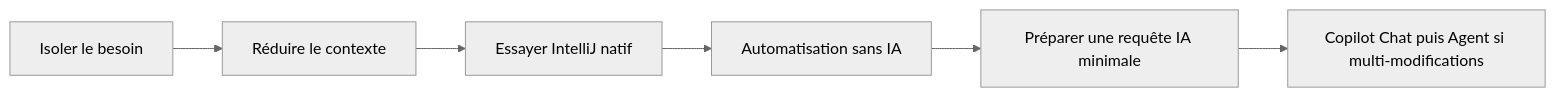
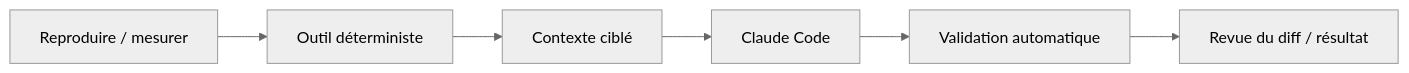
One commit to FTurleque/doc-utilisation-ia changed the diagram in docs/chapitre-13-outils-economies/index.md. Above: the diagram before and after it, drawn with Mermaid (neutral theme). The commit also changed other lines of this file, not shown here.

Commit message:
docs(tools): make tools chapter Claude-first

````diff
--- a/docs/chapitre-13-outils-economies/index.md
+++ b/docs/chapitre-13-outils-economies/index.md
@@ -248,8 +208,8 @@
 ```mermaid
-flowchart LR
-    A[Isoler le besoin] --> B[Réduire le contexte]
-    B --> C[Essayer IntelliJ natif]
-    C --> D[Automatisation sans IA]
-    D --> E[Préparer une requête IA minimale]
-    E --> F[Copilot Chat puis Agent si multi-modifications]
+graph LR
+    A["Reproduire / mesurer"] --> B["Outil déterministe"]
+    B --> C["Contexte ciblé"]
+    C --> D["Claude Code"]
+    D --> E["Validation automatique"]
+    E --> F["Revue du diff / résultat"]
 ```
````
